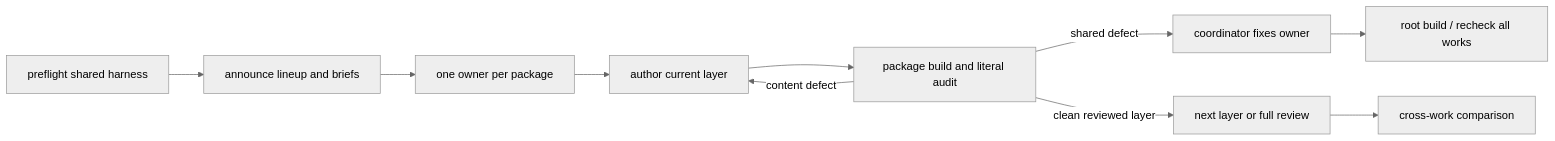
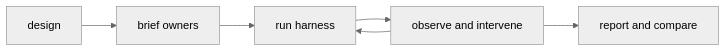
Before and after one commit to samchon/novels: the diagram in .agents/skills/benchmark/SKILL.md, drawn with Mermaid (neutral theme). The commit also changed other lines of this file and 59 other files, not shown here.

````diff
--- a/.agents/skills/benchmark/SKILL.md
+++ b/.agents/skills/benchmark/SKILL.md
@@ -10,12 +10,8 @@
 ```mermaid
 flowchart LR
-  P["preflight shared harness"] --> L["announce lineup and briefs"]
-  L --> W["one owner per package"]
-  W --> A["author current layer"]
-  A --> T["package build and literal audit"]
-  T -->|"content defect"| A
-  T -->|"shared defect"| C["coordinator fixes owner"]
-  C --> R["root build / recheck all works"]
-  T -->|"clean reviewed layer"| N["next layer or full review"]
-  N --> Q["cross-work comparison"]
+  D["design"] --> B["brief owners"]
+  B --> R["run harness"]
+  R --> O["observe and intervene"]
+  O --> C["report and compare"]
+  O --> R
 ```
````
